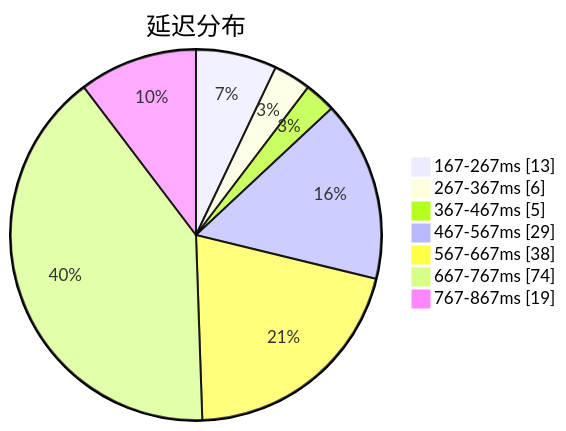
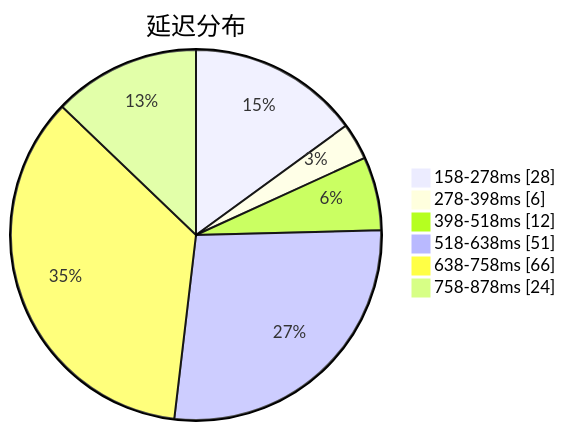
Before and after one commit to qjlxg/airport: the first of 3 diagrams in subs/statistics/tested_within.md, drawn with Mermaid. The commit also changed other lines of this file and 2 other files, not shown here.

````diff
--- a/subs/statistics/tested_within.md
+++ b/subs/statistics/tested_within.md
@@ -2,11 +2,10 @@
 ```mermaid
 pie showData
 title 延迟分布
-"167-267ms" : 13
-"267-367ms" : 6
-"367-467ms" : 5
-"467-567ms" : 29
-"567-667ms" : 38
-"667-767ms" : 74
-"767-867ms" : 19
+"158-278ms" : 28
+"278-398ms" : 6
+"398-518ms" : 12
+"518-638ms" : 51
+"638-758ms" : 66
+"758-878ms" : 24
 ```
````
